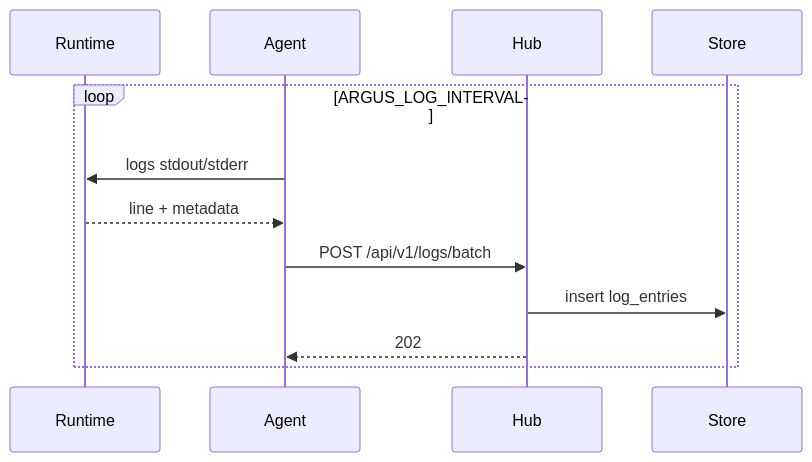
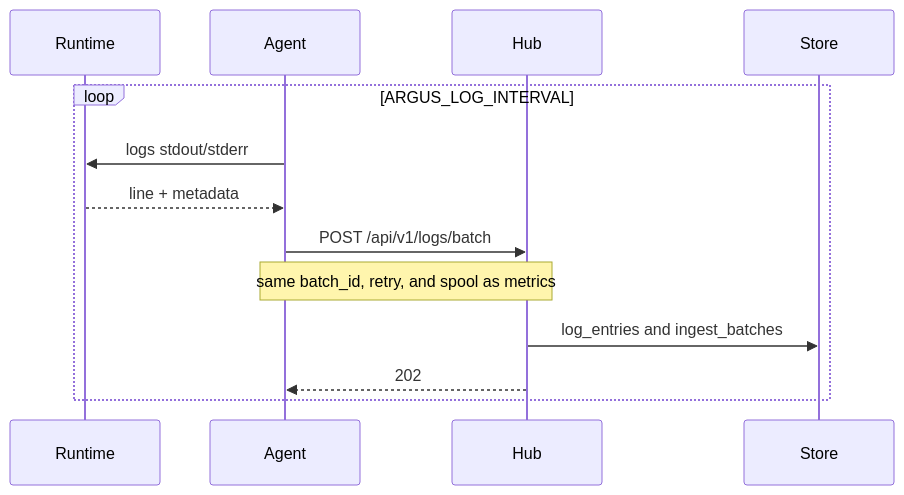
The first of 3 diagrams in docs/flows/log-streaming.md (HarryRaddatz/argus-observability), drawn with Mermaid before and after one commit. The commit also changed 71 other files, not shown here.

````diff
--- a/docs/flows/log-streaming.md
+++ b/docs/flows/log-streaming.md
@@ -7,15 +7,16 @@
 ```mermaid
 sequenceDiagram
   participant Runtime
   participant Agent
   participant Hub
   participant Store
 
   loop ARGUS_LOG_INTERVAL
     Agent->>Runtime: logs stdout/stderr
     Runtime-->>Agent: line + metadata
     Agent->>Hub: POST /api/v1/logs/batch
-    Hub->>Store: insert log_entries
+    Note over Agent,Hub: same batch_id, retry, and spool as metrics
+    Hub->>Store: log_entries and ingest_batches
     Hub-->>Agent: 202
   end
 ```
````
